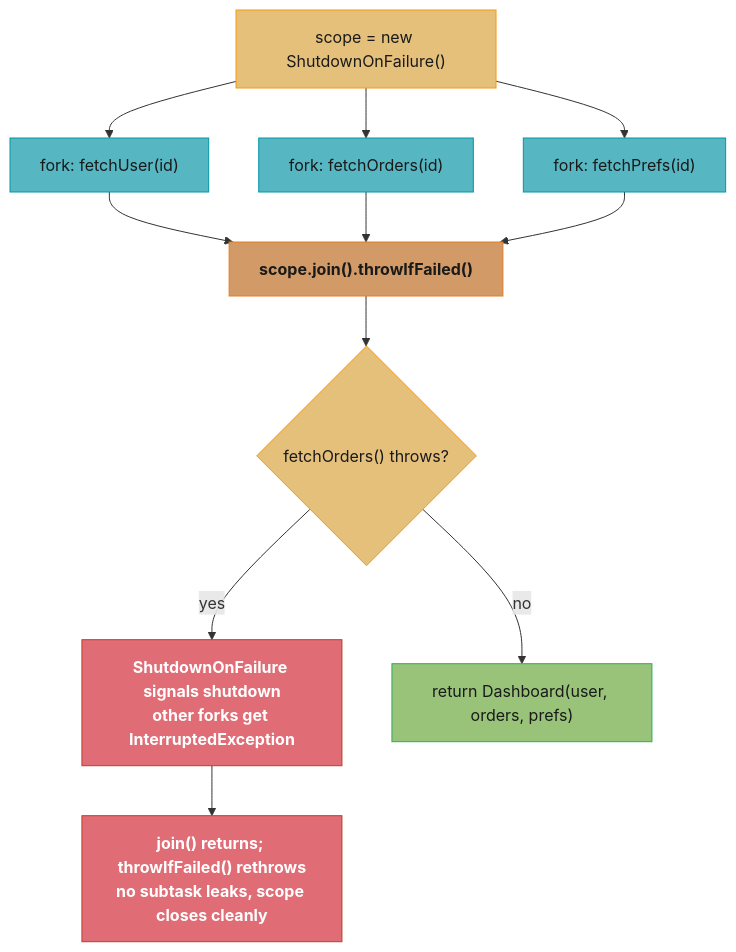
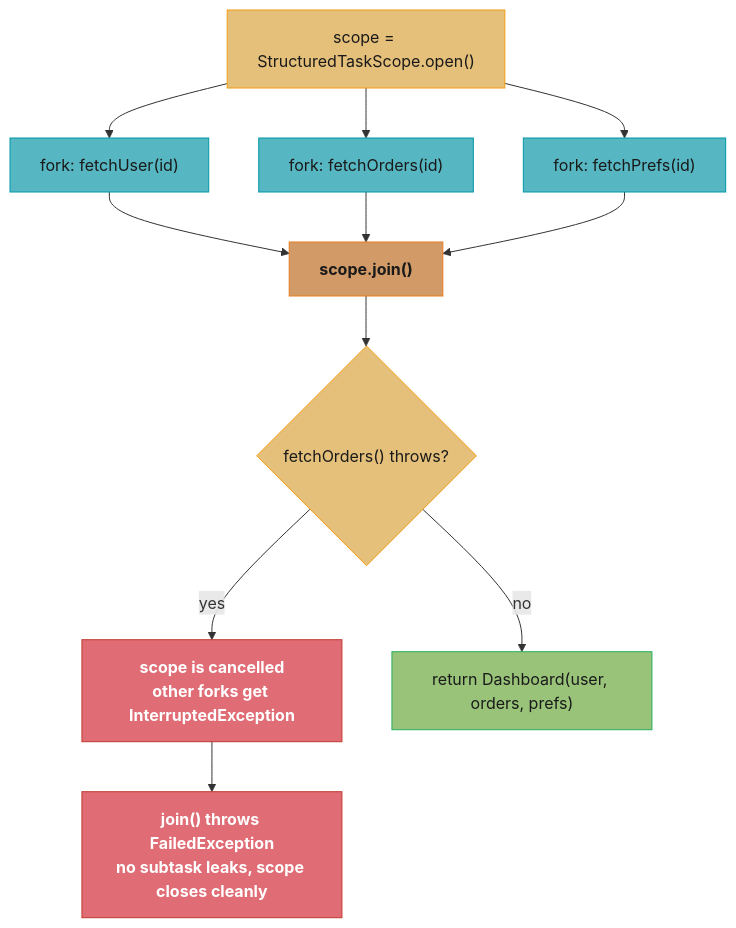
The third of 3 diagrams in src/main/java/com/rutik/systemdesign/java/structured_concurrency_and_loom/README.md (rppol/system-design), drawn with Mermaid before and after one commit. The commit also changed other lines of this file and 1 other file, not shown here.

````diff
--- a/src/main/java/com/rutik/systemdesign/java/structured_concurrency_and_loom/README.md
+++ b/src/main/java/com/rutik/systemdesign/java/structured_concurrency_and_loom/README.md
@@ -171,28 +171,28 @@
 ```mermaid
 flowchart TD
     classDef io      fill:#61afef,stroke:#2e86c1,color:#1a1a1a,font-weight:bold
     classDef frozen  fill:#c678dd,stroke:#9b59b6,color:#fff
     classDef train   fill:#98c379,stroke:#27ae60,color:#1a1a1a
     classDef mathOp  fill:#d19a66,stroke:#e67e22,color:#1a1a1a,font-weight:bold
     classDef lossN   fill:#e06c75,stroke:#c0392b,color:#fff,font-weight:bold
     classDef req     fill:#56b6c2,stroke:#0097a7,color:#1a1a1a
     classDef base    fill:#e5c07b,stroke:#f39c12,color:#1a1a1a
 
-    S["scope = new ShutdownOnFailure()"] --> F1["fork: fetchUser(id)"]
+    S["scope = StructuredTaskScope.open()"] --> F1["fork: fetchUser(id)"]
     S --> F2["fork: fetchOrders(id)"]
     S --> F3["fork: fetchPrefs(id)"]
-    F1 --> J["scope.join().throwIfFailed()"]
+    F1 --> J["scope.join()"]
     F2 --> J
     F3 --> J
     J --> D{"fetchOrders() throws?"}
-    D -->|"yes"| CANCEL["ShutdownOnFailure signals shutdown\nother forks get InterruptedException"]
-    CANCEL --> RETHROW["join() returns; throwIfFailed() rethrows\nno subtask leaks, scope closes cleanly"]
+    D -->|"yes"| CANCEL["scope is cancelled\nother forks get InterruptedException"]
+    CANCEL --> RETHROW["join() throws FailedException\nno subtask leaks, scope closes cleanly"]
     D -->|"no"| RESULT["return Dashboard(user, orders, prefs)"]
 
     class S base
     class F1,F2,F3 req
     class J mathOp
     class D base
     class CANCEL,RETHROW lossN
     class RESULT train
 ```
````
